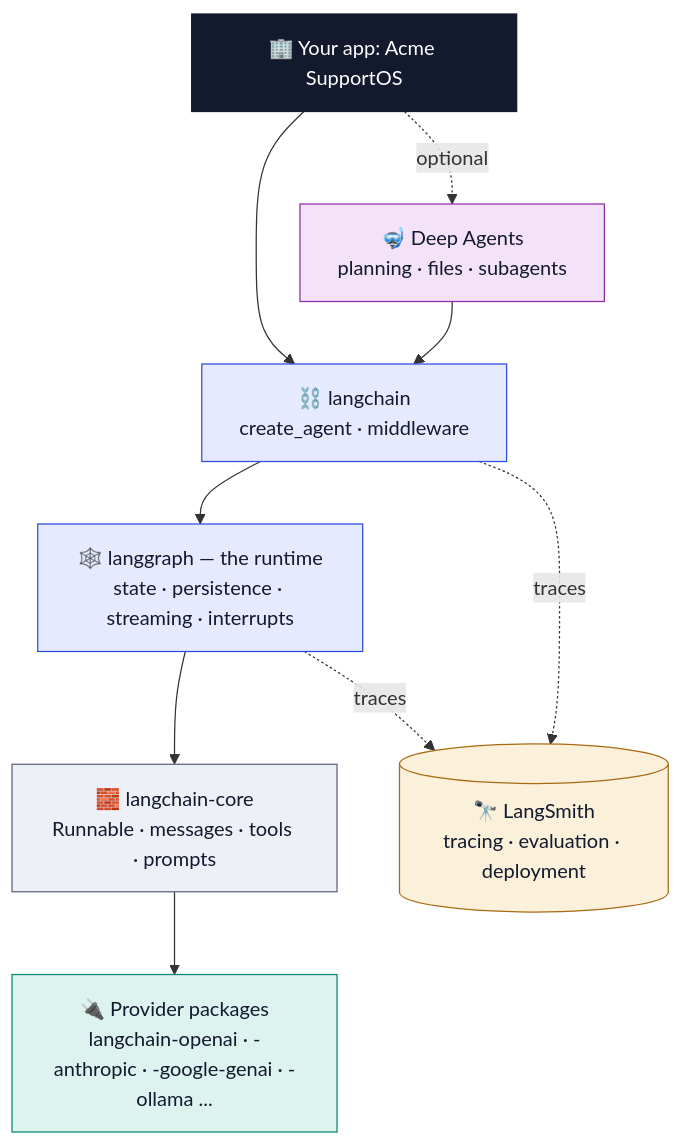
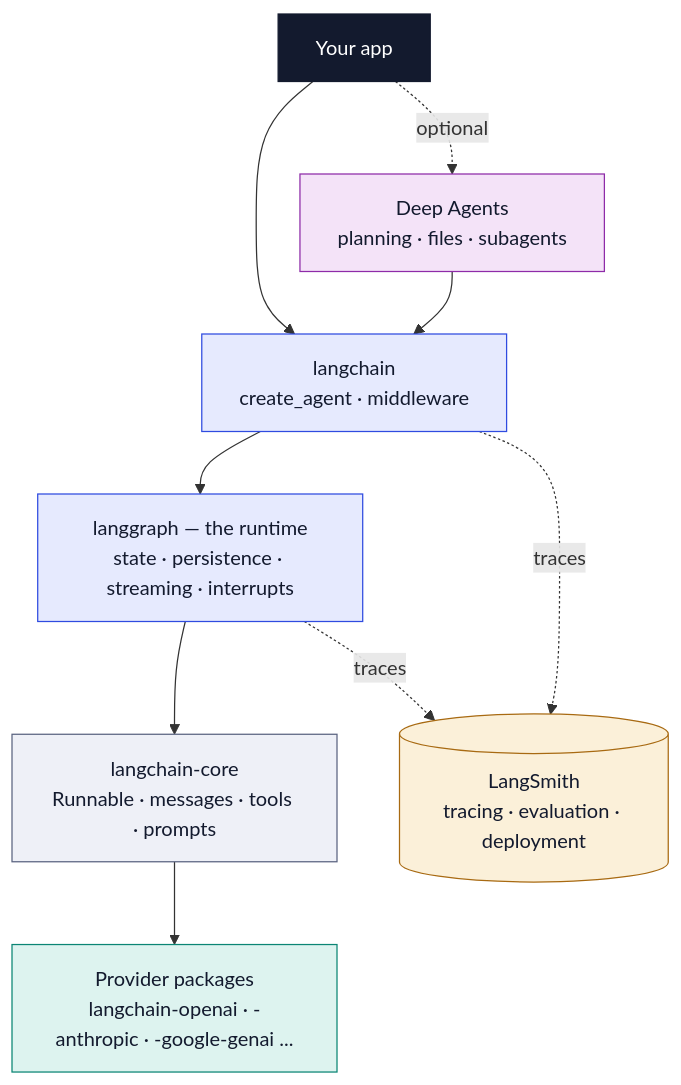
The third of 7 diagrams in notes/module-0.0.md (shivashankarhatkar/GraphSmith-), drawn with Mermaid before and after one commit. The commit also changed other lines of this file, not shown here.

````diff
--- a/notes/module-0.0.md
+++ b/notes/module-0.0.md
@@ -160,32 +78,32 @@
 ```mermaid
 flowchart TB
-    APP["🏢 Your app: Acme SupportOS"]
-    DEEP["🤿 Deep Agents<br/>planning · files · subagents"]
-    LC["⛓️ langchain<br/>create_agent · middleware"]
-    LG["🕸️ langgraph — the runtime<br/>state · persistence · streaming · interrupts"]
-    CORE["🧱 langchain-core<br/>Runnable · messages · tools · prompts"]
-    PROV["🔌 Provider packages<br/>langchain-openai · -anthropic · -google-genai · -ollama ..."]
-    LS[("🔭 LangSmith<br/>tracing · evaluation · deployment")]
+    APP["Your app"]
+    DEEP["Deep Agents<br/>planning · files · subagents"]
+    LC["langchain<br/>create_agent · middleware"]
+    LG["langgraph — the runtime<br/>state · persistence · streaming · interrupts"]
+    CORE["langchain-core<br/>Runnable · messages · tools · prompts"]
+    PROV["Provider packages<br/>langchain-openai · -anthropic · -google-genai ..."]
+    LS[("LangSmith<br/>tracing · evaluation · deployment")]
 
     APP --> LC
     APP -.->|"optional"| DEEP
     DEEP --> LC
     LC --> LG
     LG --> CORE
     CORE --> PROV
     LC -.->|"traces"| LS
     LG -.->|"traces"| LS
 
     classDef app fill:#131A2E,stroke:#131A2E,color:#FFFFFF
     classDef llm fill:#E6EAFE,stroke:#2F4BE0,color:#131A2E
     classDef human fill:#F4E3F8,stroke:#8E2BA8,color:#131A2E
     classDef step fill:#EEF0F7,stroke:#5A6380,color:#131A2E
     classDef tool fill:#DDF3EF,stroke:#0B8574,color:#131A2E
     classDef data fill:#FBF0D9,stroke:#A86A12,color:#131A2E
     class APP app
     class LC,LG llm
     class DEEP human
     class CORE step
     class PROV tool
     class LS data
 ```
````
